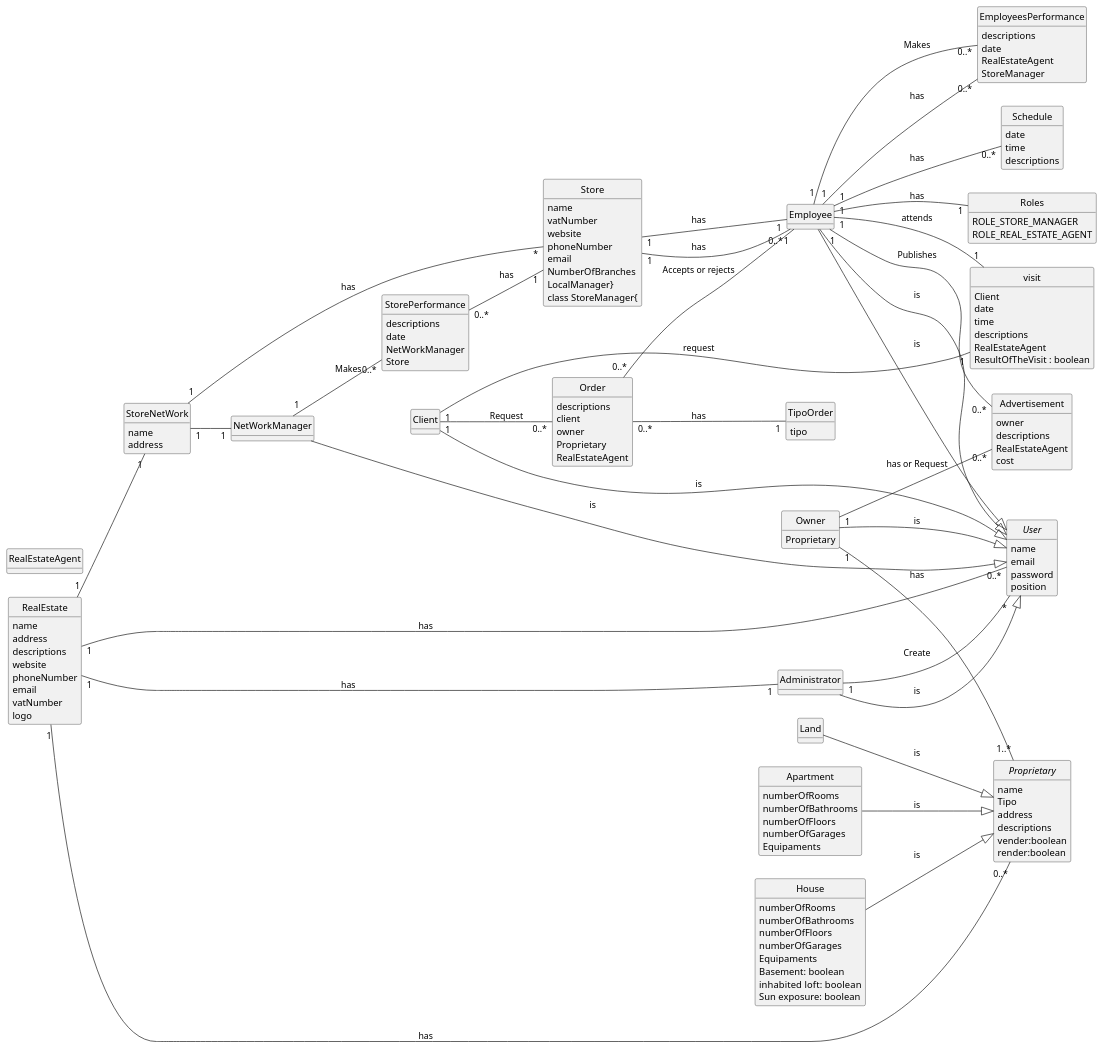
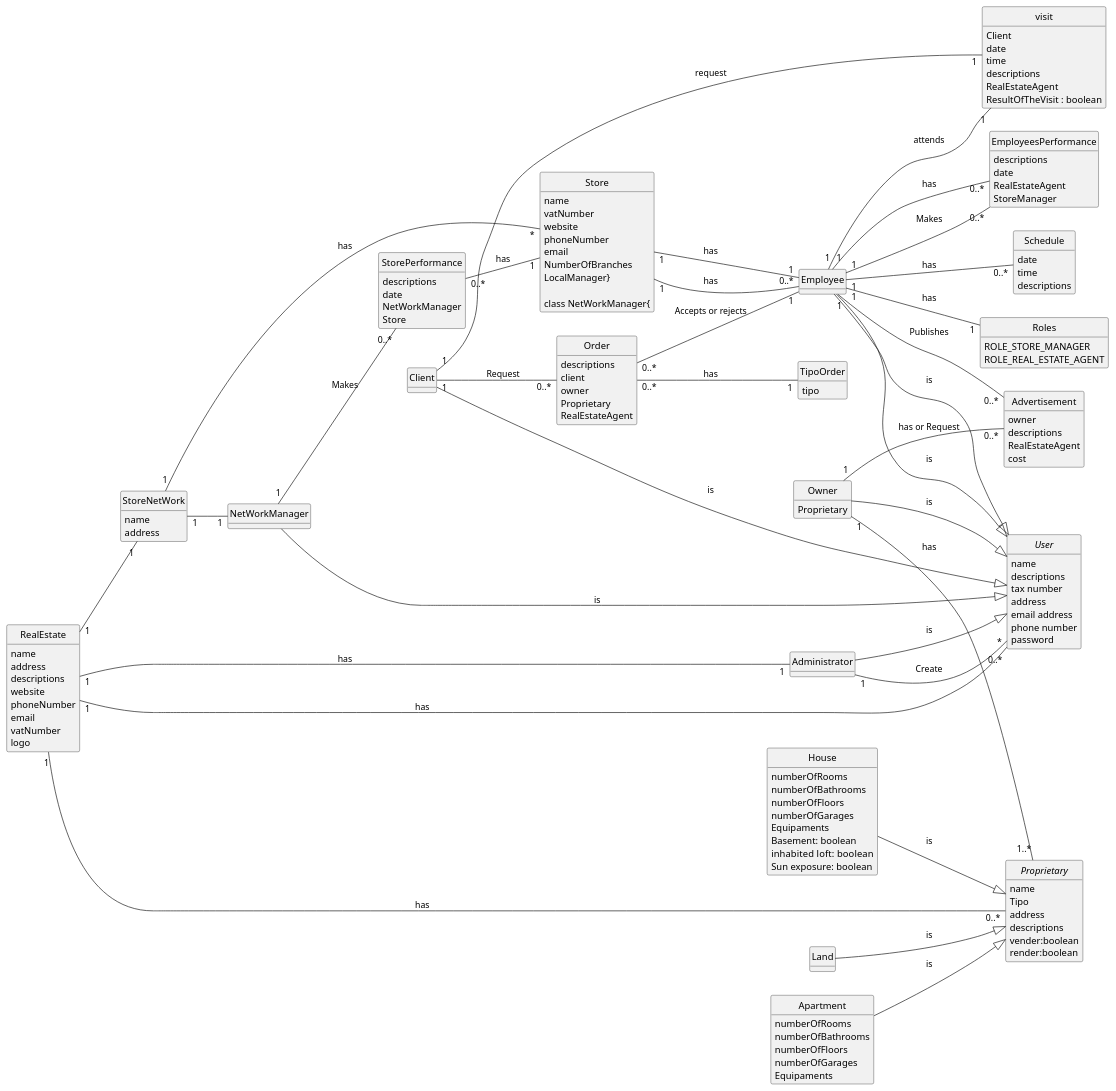
The diagram in lei-22-s2-1do-g68/docs/sprintA/global-artifacts/02.analysis/puml/project-domain-model.puml (hugosilva2901/lei-22-s2-1DO-g68), drawn with PlantUML before and after one commit. The commit also changed 3 other files, not shown here.

```diff
--- a/lei-22-s2-1do-g68/docs/sprintA/global-artifacts/02.analysis/puml/project-domain-model.puml
+++ b/lei-22-s2-1do-g68/docs/sprintA/global-artifacts/02.analysis/puml/project-domain-model.puml
@@ -1,176 +1,175 @@
 @startuml
 skinparam monochrome true
 skinparam packageStyle rectangle
 skinparam shadowing false
 'skinparam linetype ortho
 'left to right direction
 skinparam classAttributeIconSize 0
 hide circle
 hide methods
 left to right direction
 
 
 'title Domain Model
 
 'class Platform {
 '  -description
 '}
 
 class RealEstate {
     name
     address
     descriptions
     website
     phoneNumber
     email
     vatNumber
     logo
 }
-class RealEstateAgent {
-
-}
 
 class Client {
 
 }
 class Owner {
  Proprietary
 }
 abstract class User {
     name
-    email
+    descriptions
+    tax number
+    address
+    email address
+    phone number
     password
-    position
 }
 abstract class Proprietary {
     name
     Tipo
     address
     descriptions
     vender:boolean
     render:boolean
 }
 class Land{
 }
 
 class Apartment{
 numberOfRooms
 numberOfBathrooms
 numberOfFloors
 numberOfGarages
 Equipaments
 
 }
 class House{
 numberOfRooms
     numberOfBathrooms
     numberOfFloors
     numberOfGarages
     Equipaments
     Basement: boolean
     inhabited  loft: boolean
     Sun exposure: boolean
 
 }
 class Advertisement{
     owner
     descriptions
     RealEstateAgent
     cost
 }
 class Schedule{
     date
     time
     descriptions
 }
 class visit{
     Client
     date
     time
     descriptions
     RealEstateAgent
     ResultOfTheVisit : boolean
 }
 class Order{
     descriptions
     client
     owner
     Proprietary
     RealEstateAgent
 }
 
 enum TipoOrder{
 tipo
 }
 class StoreNetWork{
 name
 address
 }
 class Store{
 name
 vatNumber
 website
 phoneNumber
 email
 NumberOfBranches
 LocalManager}
-class StoreManager{
 
-}
 class NetWorkManager{
 }
 class StorePerformance{
 descriptions
 date
 NetWorkManager
 Store
 }
 class Administrator{
 }
 class EmployeesPerformance{
 descriptions
 date
 RealEstateAgent
 StoreManager
 }
 class Employee{
+
 }
 enum Roles{
     ROLE_STORE_MANAGER
     ROLE_REAL_ESTATE_AGENT
 }
 Employee "1"--"1" Roles : has
 RealEstate "1"--"1" StoreNetWork
 StoreNetWork "1"--"*" Store : has
 Store "1"--"1" Employee :has
 StoreNetWork "1"--"1" NetWorkManager
 
 Administrator "1"--"*" User : Create
 
 Administrator --|> User : is
 Employee --|> User : is
 NetWorkManager --|> User : is
 Employee  --|>  User : is
 Owner  --|>  User : is
 Client  --|>  User : is
 RealEstate "1"--" 0..*" User : has
 House  --|>  Proprietary : is
 Apartment  --|>  Proprietary : is
 RealEstate "1"--"0..*" Proprietary : has
 Land  --|>  Proprietary : is
 Owner "1"--"0..*"Advertisement : has or Request
 Employee "1"--"0..*"Advertisement : Publishes
 Client "1"--"1"visit : request
 Employee "1"--"1"visit : attends
 Employee "1"--"0..*"Schedule : has
 Order "0..*"--"1" TipoOrder : has
 Store "1"--"0..*" Employee : has
 Client "1"--"0..*" Order : Request
 Order "0..*"--"1" Employee : Accepts or rejects
 Employee "1"--"0..*" EmployeesPerformance : Makes
 EmployeesPerformance "0..*"--"1" Employee : has
 RealEstate "1"--"1" Administrator : has
 Owner "1"--"1..*" Proprietary : has
 NetWorkManager "1"--"0..*" StorePerformance : Makes
 StorePerformance "0..*"--"1" Store : has
 @enduml
```
